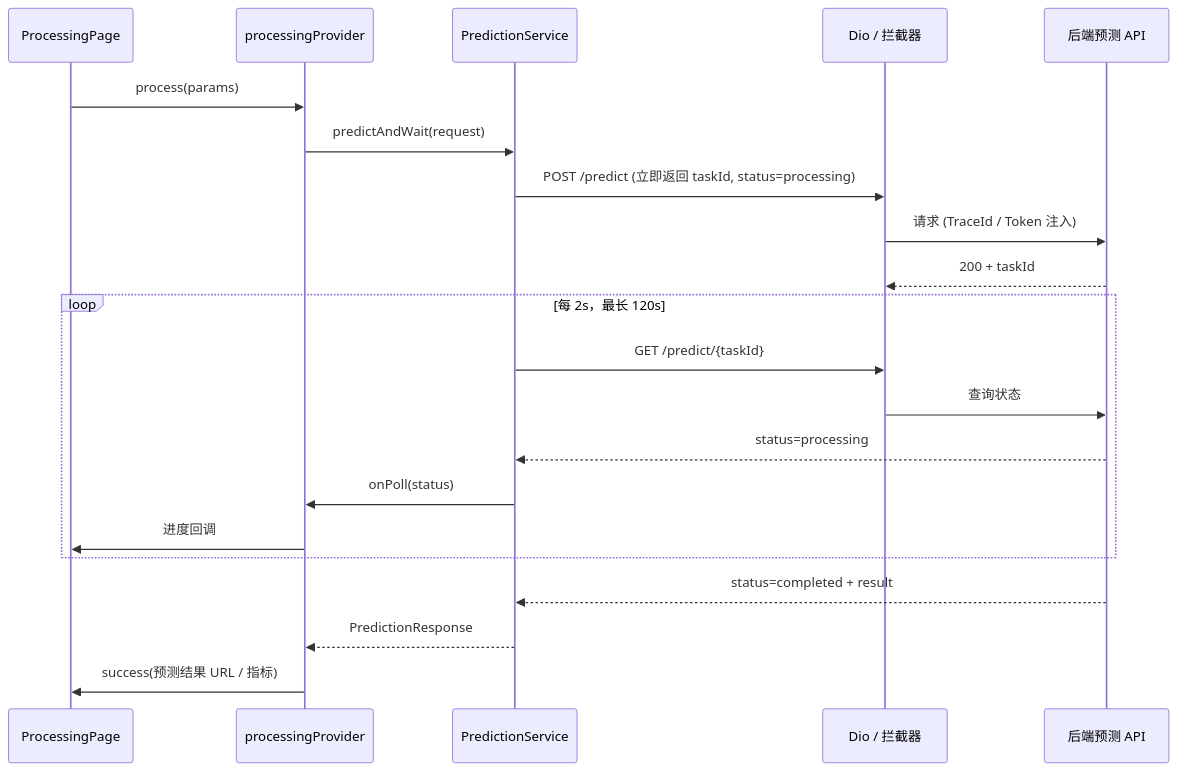
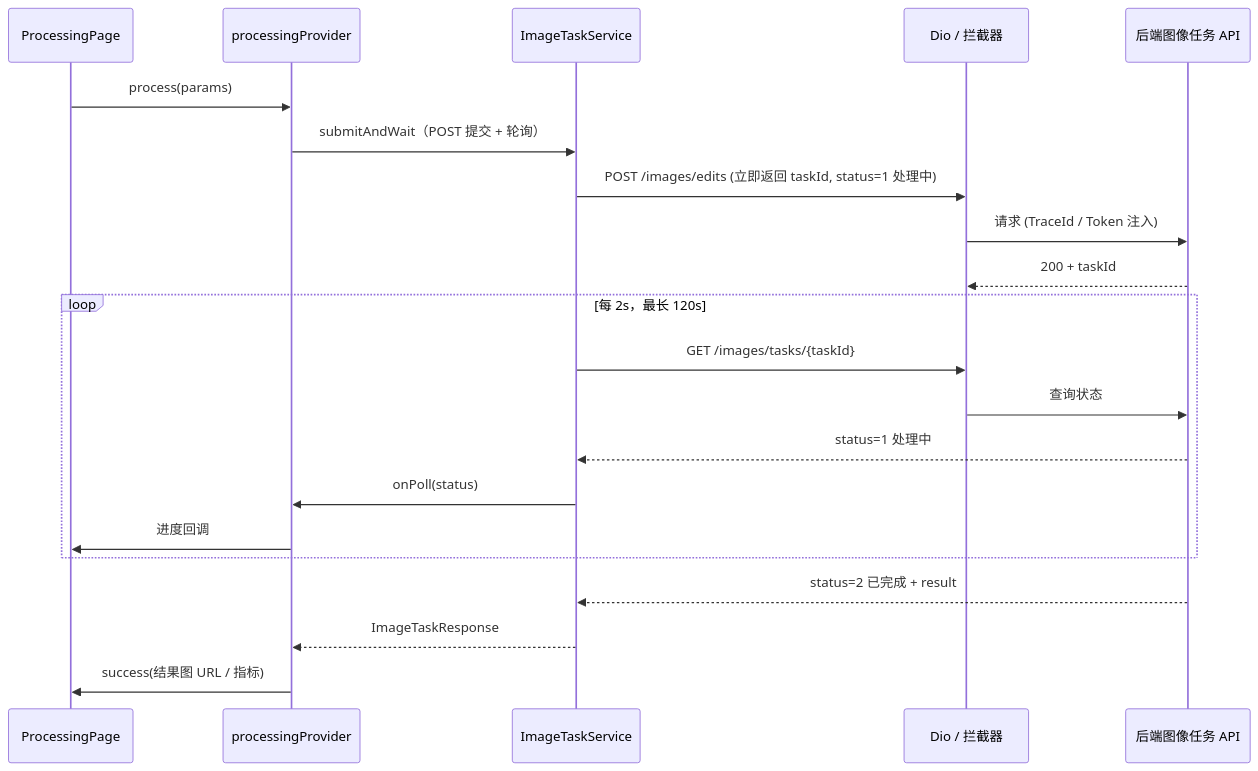
The second of 3 diagrams in dehaze-doc/docs/04-项目实现/前端/05-Flutter架构文档.md (earthy-zinc/dehaze-system), drawn with Mermaid before and after one commit. The commit also changed other lines of this file and 239 other files, not shown here.

````diff
--- a/dehaze-doc/docs/04-项目实现/前端/05-Flutter架构文档.md
+++ b/dehaze-doc/docs/04-项目实现/前端/05-Flutter架构文档.md
@@ -73,24 +73,24 @@
 ```mermaid
 sequenceDiagram
     participant UI as ProcessingPage
     participant Prov as processingProvider
-    participant Svc as PredictionService
+    participant Svc as ImageTaskService
     participant Net as Dio / 拦截器
-    participant API as 后端预测 API
+    participant API as 后端图像任务 API
 
     UI->>Prov: process(params)
-    Prov->>Svc: predictAndWait(request)
-    Svc->>Net: POST /predict (立即返回 taskId, status=processing)
+    Prov->>Svc: submitAndWait（POST 提交 + 轮询）
+    Svc->>Net: POST /images/edits (立即返回 taskId, status=1 处理中)
     Net->>API: 请求 (TraceId / Token 注入)
     API-->>Net: 200 + taskId
     loop 每 2s，最长 120s
-        Svc->>Net: GET /predict/{taskId}
+        Svc->>Net: GET /images/tasks/{taskId}
         Net->>API: 查询状态
-        API-->>Svc: status=processing
+        API-->>Svc: status=1 处理中
         Svc->>Prov: onPoll(status)
         Prov->>UI: 进度回调
     end
-    API-->>Svc: status=completed + result
-    Svc-->>Prov: PredictionResponse
-    Prov->>UI: success(预测结果 URL / 指标)
+    API-->>Svc: status=2 已完成 + result
+    Svc-->>Prov: ImageTaskResponse
+    Prov->>UI: success(结果图 URL / 指标)
 ```
````
